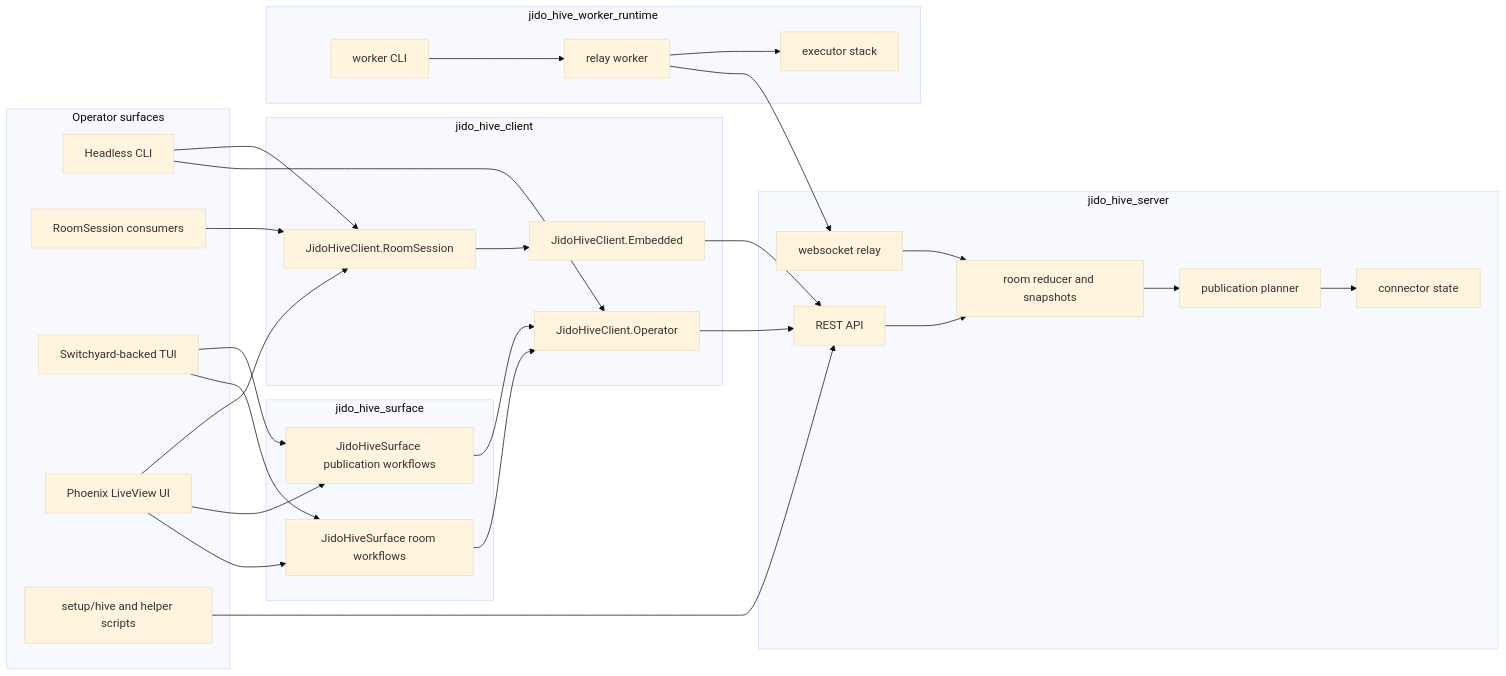
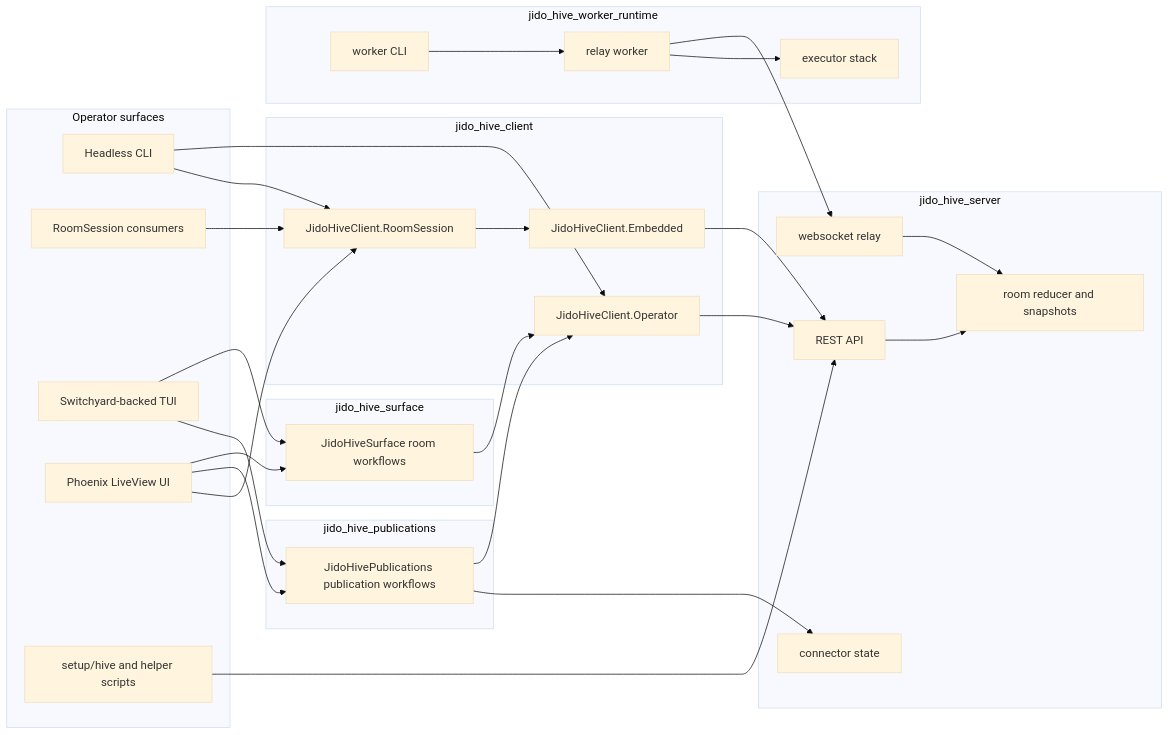
The diagram in README.md (nshkrdotcom/jido_hive), drawn with Mermaid (base theme) before and after one commit. The commit also changed other lines of this file and 180 other files, not shown here.

````diff
--- a/README.md
+++ b/README.md
@@ -126,57 +129,58 @@
 ```mermaid
 flowchart LR
     subgraph Operator[Operator surfaces]
       Headless[Headless CLI]
       Session[RoomSession consumers]
       TUI[Switchyard-backed TUI]
       Web[Phoenix LiveView UI]
       Setup[setup/hive and helper scripts]
     end
 
     subgraph Client[jido_hive_client]
       OperatorAPI[JidoHiveClient.Operator]
       RoomSession[JidoHiveClient.RoomSession]
       Embedded[JidoHiveClient.Embedded]
     end
 
     subgraph Surface[jido_hive_surface]
       SurfaceRooms[JidoHiveSurface room workflows]
-      SurfacePublish[JidoHiveSurface publication workflows]
+    end
+
+    subgraph Publications[jido_hive_publications]
+      PublishSurface[JidoHivePublications publication workflows]
     end
 
     subgraph Workers[jido_hive_worker_runtime]
       WorkerCLI[worker CLI]
       RelayWorker[relay worker]
       Executor[executor stack]
     end
 
     subgraph Server[jido_hive_server]
       API[REST API]
       Relay[websocket relay]
       Rooms[room reducer and snapshots]
-      Publish[publication planner]
       Connectors[connector state]
     end
 
     Headless --> OperatorAPI
     Headless --> RoomSession
     Session --> RoomSession
     TUI --> SurfaceRooms
-    TUI --> SurfacePublish
+    TUI --> PublishSurface
     Web --> SurfaceRooms
-    Web --> SurfacePublish
+    Web --> PublishSurface
     Setup --> API
     SurfaceRooms --> OperatorAPI
-    SurfacePublish --> OperatorAPI
+    PublishSurface --> OperatorAPI
+    PublishSurface --> Connectors
     Web --> RoomSession
     RoomSession --> Embedded
     OperatorAPI --> API
     Embedded --> API
     WorkerCLI --> RelayWorker
     RelayWorker --> Relay
     Relay --> Rooms
     API --> Rooms
-    Rooms --> Publish
-    Publish --> Connectors
     RelayWorker --> Executor
 ```
````
